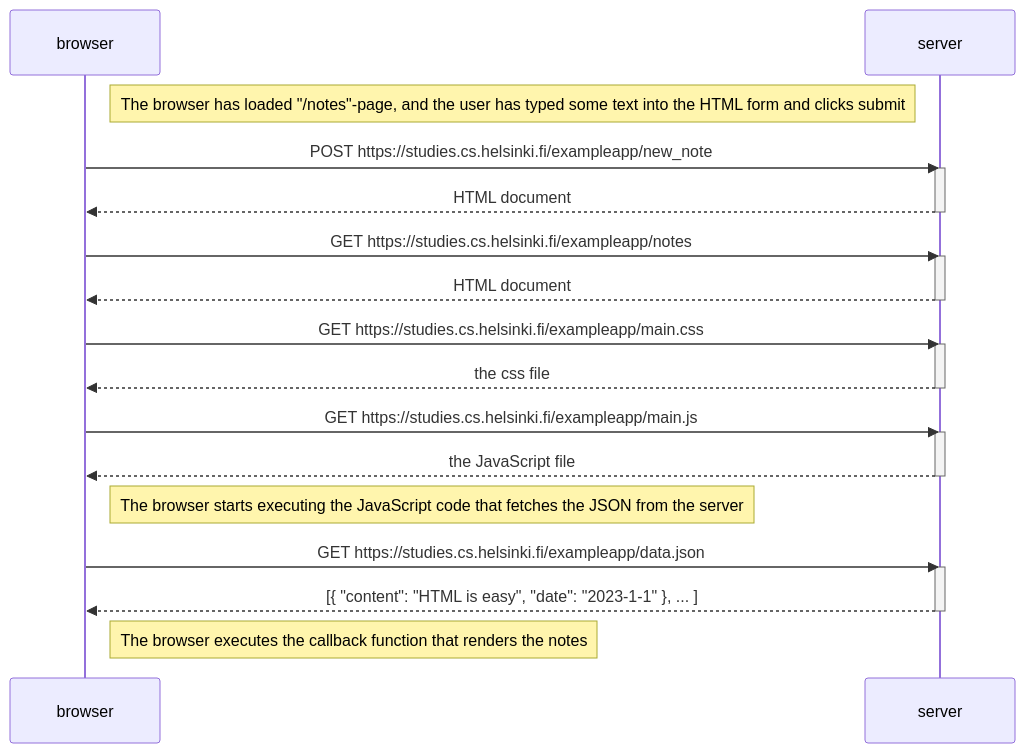
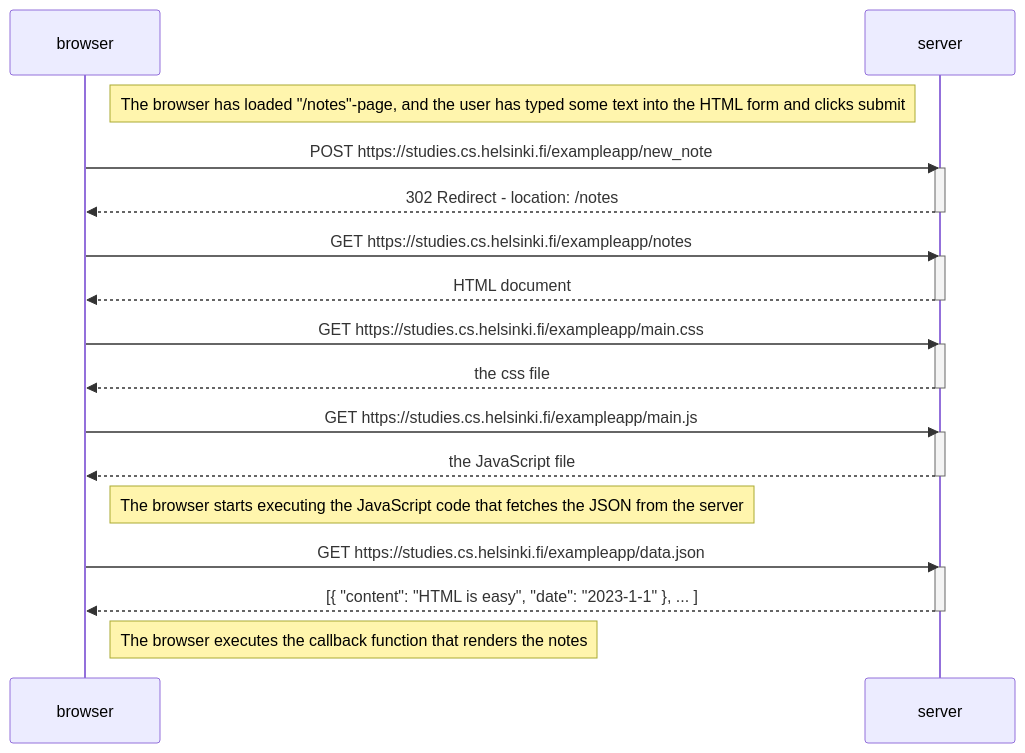
The diagram in part0/0.4.md (HenrikKorhonen/FSO), drawn with Mermaid before and after one commit.

Commit message:
fixed 302 redirect

````diff
--- a/part0/0.4.md
+++ b/part0/0.4.md
@@ -1,36 +1,36 @@
 ```mermaid
 sequenceDiagram
     participant browser
     participant server
 
     Note right of browser: The browser has loaded "/notes"-page, and the user has typed some text into the HTML form and clicks submit
 
     browser->>server: POST https://studies.cs.helsinki.fi/exampleapp/new_note
     activate server
-    server-->>browser: HTML document
+    server-->>browser: 302 Redirect - location: /notes
     deactivate server
 
     browser->>server: GET https://studies.cs.helsinki.fi/exampleapp/notes
     activate server
     server-->>browser: HTML document
     deactivate server
 
     browser->>server: GET https://studies.cs.helsinki.fi/exampleapp/main.css
     activate server
     server-->>browser: the css file
     deactivate server
 
     browser->>server: GET https://studies.cs.helsinki.fi/exampleapp/main.js
     activate server
     server-->>browser: the JavaScript file
     deactivate server
 
     Note right of browser: The browser starts executing the JavaScript code that fetches the JSON from the server
 
     browser->>server: GET https://studies.cs.helsinki.fi/exampleapp/data.json
     activate server
     server-->>browser: [{ "content": "HTML is easy", "date": "2023-1-1" }, ... ]
     deactivate server
 
     Note right of browser: The browser executes the callback function that renders the notes
 ```
````
